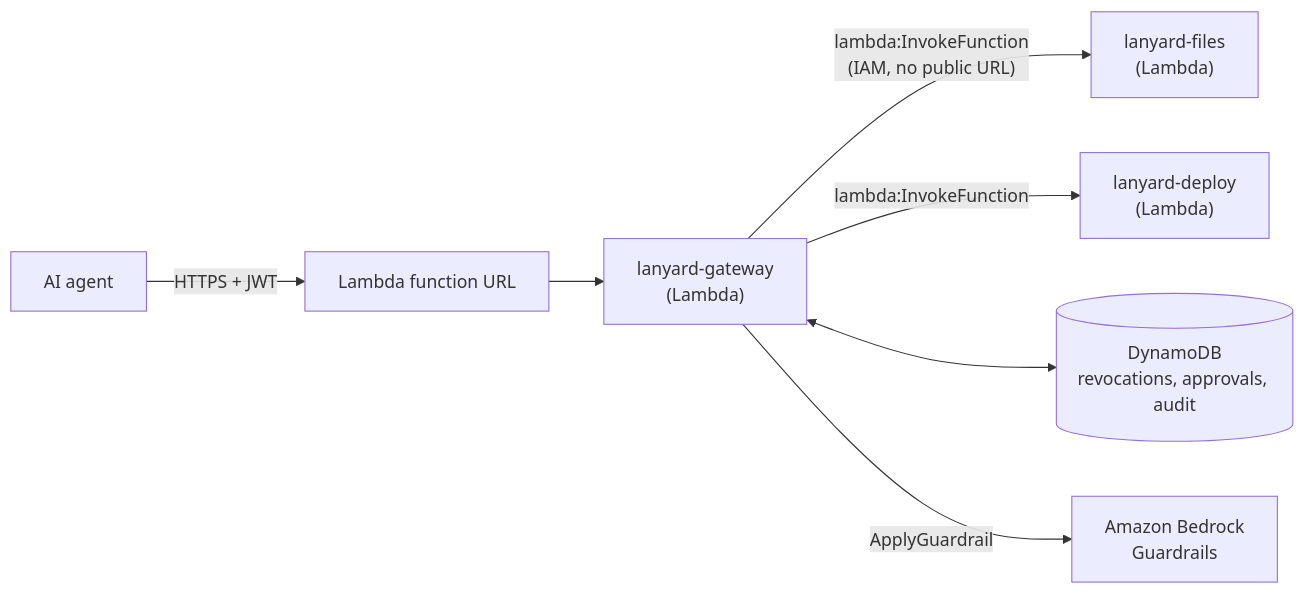
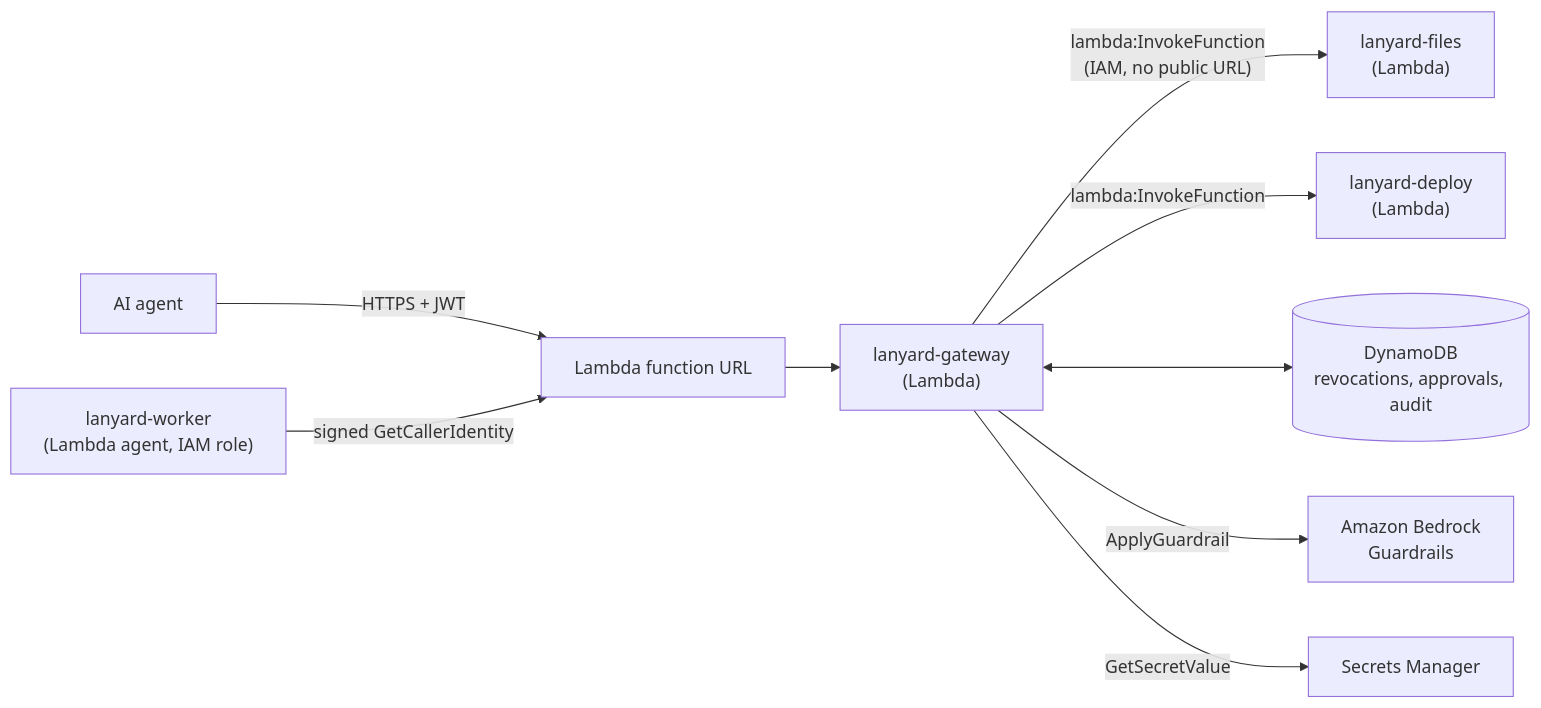
The second of 2 diagrams in README.md (akrai37/Lanyard), drawn with Mermaid before and after one commit. The commit also changed other lines of this file and 2 other files, not shown here.

Commit message:
Docs: workload identity, Auth0 cut-off, console, demo segment

````diff
--- a/README.md
+++ b/README.md
@@ -95,9 +106,11 @@
 ```mermaid
 flowchart LR
     A["AI agent"] -- "HTTPS + JWT" --> U["Lambda function URL"]
     U --> G["lanyard-gateway<br/>(Lambda)"]
     G -- "lambda:InvokeFunction<br/>(IAM, no public URL)" --> F["lanyard-files<br/>(Lambda)"]
     G -- "lambda:InvokeFunction" --> D["lanyard-deploy<br/>(Lambda)"]
     G <--> T[("DynamoDB<br/>revocations, approvals, audit")]
     G -- "ApplyGuardrail" --> B["Amazon Bedrock<br/>Guardrails"]
+    G -- "GetSecretValue" --> SM["Secrets Manager"]
+    W["lanyard-worker<br/>(Lambda agent, IAM role)"] -- "signed GetCallerIdentity" --> U
 ```
````
